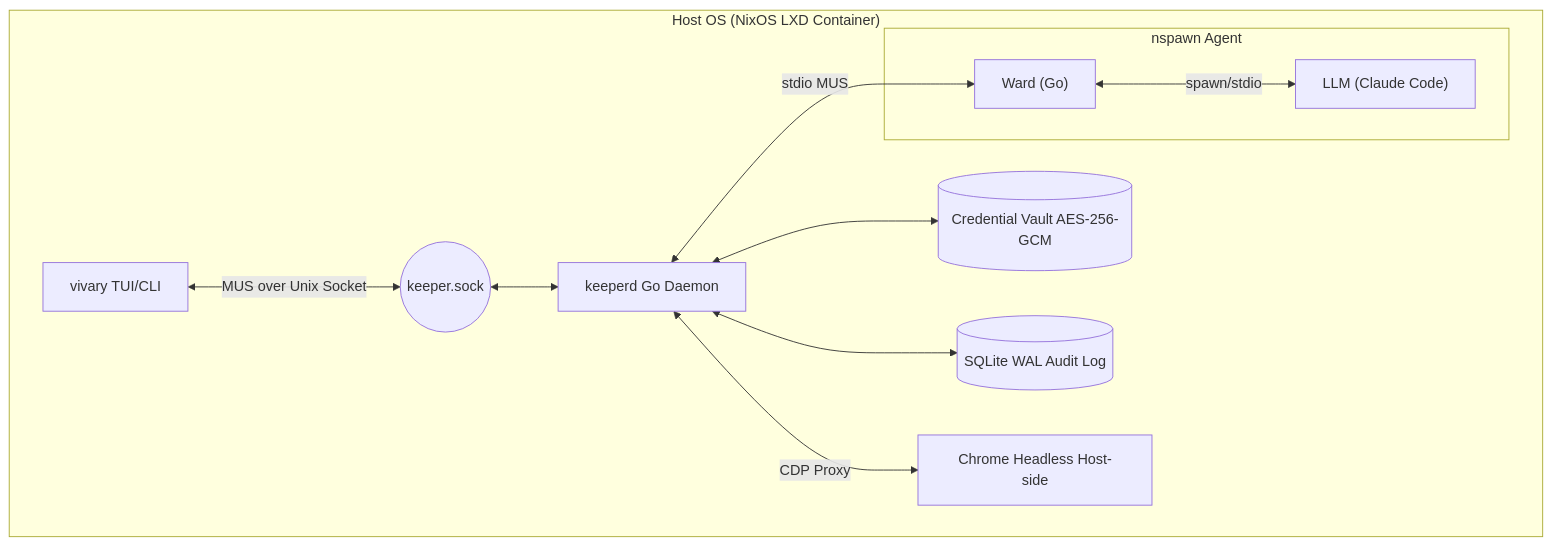
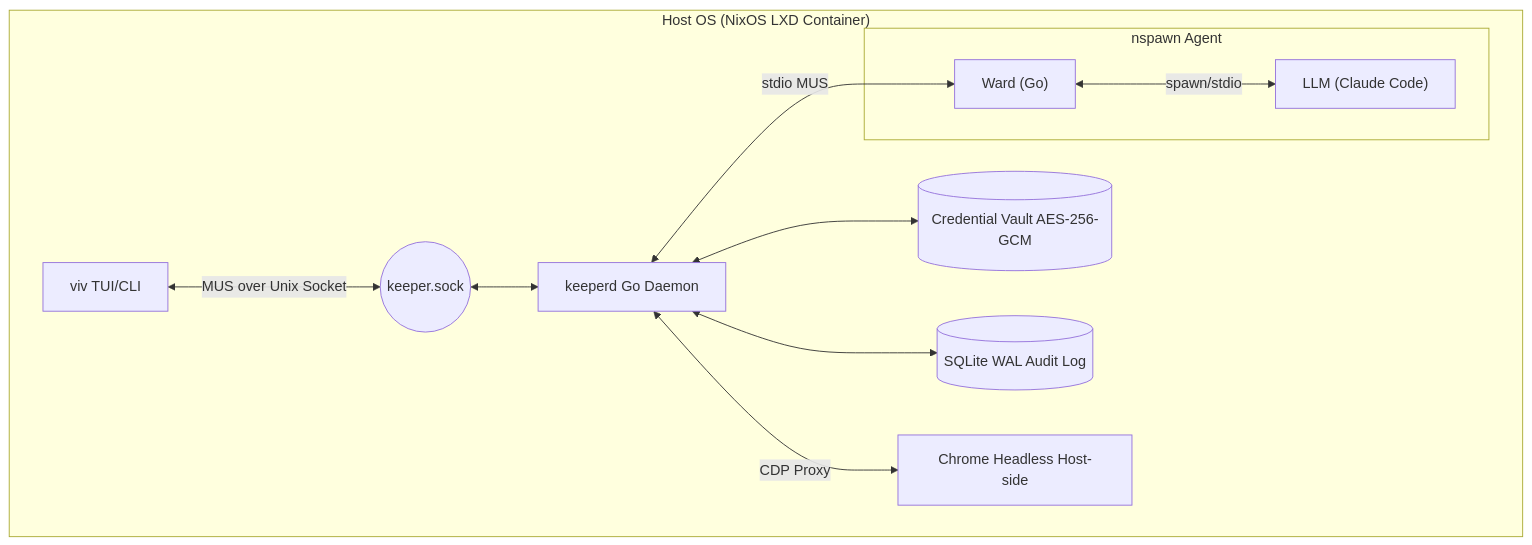
Before and after one commit to AgenticWrestling/vivary: the first of 2 diagrams in docs/DESIGN.md, drawn with Mermaid. The commit also changed other lines of this file and 15 other files, not shown here.

First line of the commit message:
Rename CLI binaries: vivary→viv, vivary-log→vivlog

````diff
--- a/docs/DESIGN.md
+++ b/docs/DESIGN.md
@@ -7,24 +7,24 @@
 ```mermaid
 graph TD
     subgraph "Host OS (NixOS LXD Container)"
-        TUI[vivary TUI/CLI]
+        TUI[viv TUI/CLI]
         SOCK((keeper.sock))
         DAEMON[keeperd Go Daemon]
         CHROME[Chrome Headless Host-side]
         VAULT[(Credential Vault AES-256-GCM)]
         LOGS[(SQLite WAL Audit Log)]
 
         TUI <-->|MUS over Unix Socket| SOCK
         SOCK <--> DAEMON
         DAEMON <--> VAULT
         DAEMON <--> LOGS
         DAEMON <-->|CDP Proxy| CHROME
 
         subgraph "nspawn Agent"
             WA["Ward (Go)"]
             LA["LLM (Claude Code)"]
             WA <-->|spawn/stdio| LA
         end
         DAEMON <-->|stdio MUS| WA
     end
 ```
````
